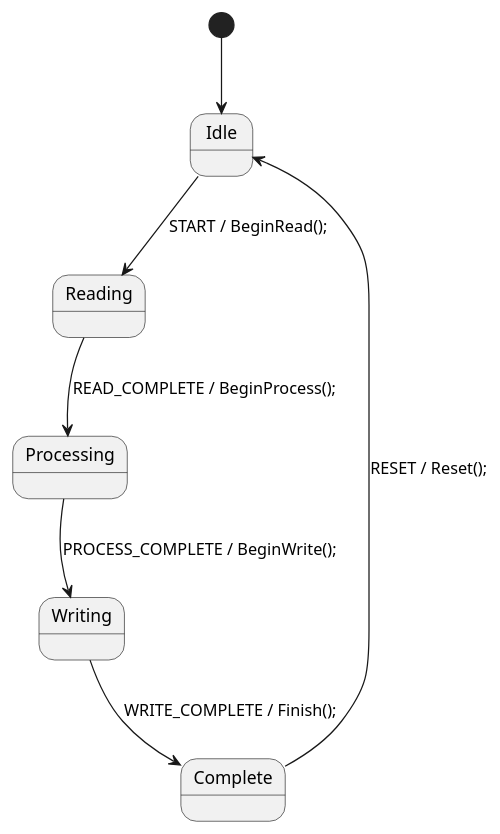
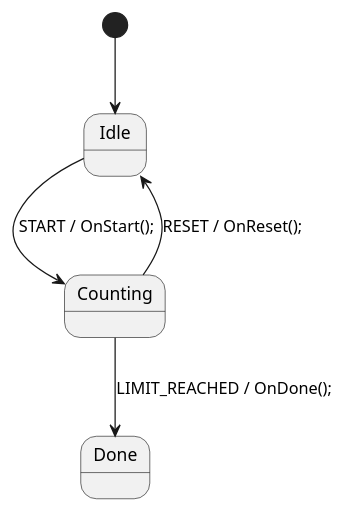
The second of 4 diagrams in README.md (IAFahim/statesmith-skills), drawn with PlantUML before and after one commit. The commit also changed other lines of this file, not shown here.

````diff
--- a/README.md
+++ b/README.md
@@ -103,24 +106,20 @@
 ```plantuml
-@startuml DataProcessor
+@startuml Counter
 /'! $CONFIG : toml
 SmRunnerSettings.transpilerId = "CSharp"
 [RenderConfig.CSharp]
-NameSpace = "MyApp.Processing"
+NameSpace = "MyApp"
 Usings = """
 using System;
-using System.Collections.Generic;
 """
 UsePartialClass = true
 '/
 
 [*] --> Idle
 
-Idle --> Reading : START / BeginRead();
-Reading --> Processing : READ_COMPLETE / BeginProcess();
-Processing --> Writing : PROCESS_COMPLETE / BeginWrite();
-Writing --> Complete : WRITE_COMPLETE / Finish();
-
-Complete --> Idle : RESET / Reset();
+Idle --> Counting : START / OnStart();
+Counting --> Idle : RESET / OnReset();
+Counting --> Done : LIMIT_REACHED / OnDone();
 
 @enduml
 ```
````
